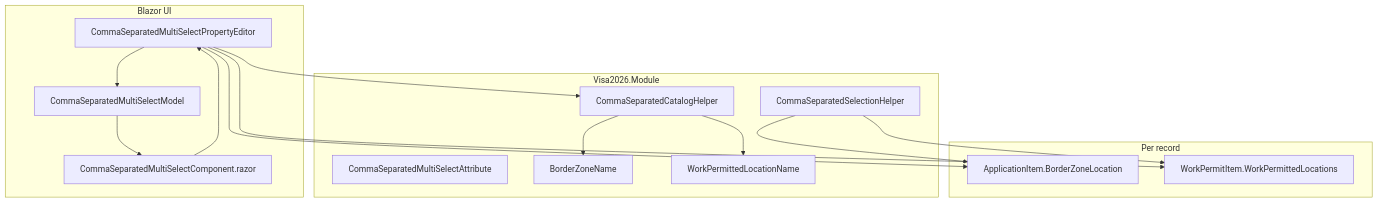
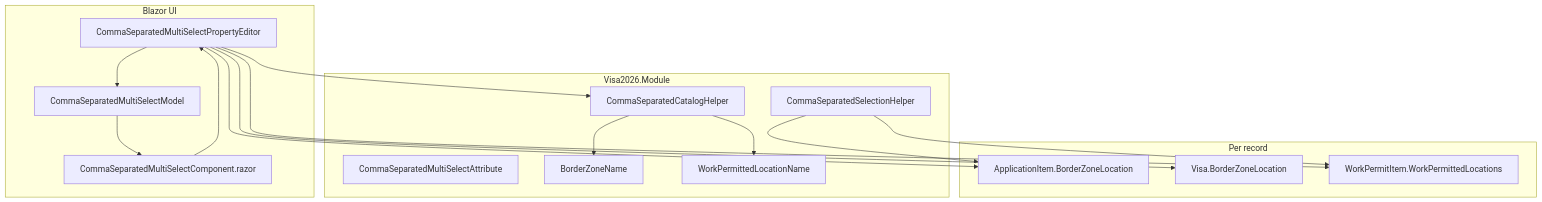
Before and after one commit to webapis/Visa2026: the diagram in docs/COMMA_SEPARATED_MULTI_SELECT.md, drawn with Mermaid. The commit also changed other lines of this file and 20 other files, not shown here.

First line of the commit message:
Migrate Visa border zones to comma-separated field and localize detail UI.

````diff
--- a/docs/COMMA_SEPARATED_MULTI_SELECT.md
+++ b/docs/COMMA_SEPARATED_MULTI_SELECT.md
@@ -21,28 +23,30 @@
 ```mermaid
 flowchart TB
   subgraph ui [Blazor UI]
     PE[CommaSeparatedMultiSelectPropertyEditor]
     CM[CommaSeparatedMultiSelectModel]
     C[CommaSeparatedMultiSelectComponent.razor]
     PE --> CM --> C
   end
   subgraph module [Visa2026.Module]
     ATTR[CommaSeparatedMultiSelectAttribute]
     SEL[CommaSeparatedSelectionHelper]
     CAT[CommaSeparatedCatalogHelper]
     BZN[BorderZoneName]
     WPL[WorkPermittedLocationName]
   end
   subgraph data [Per record]
     AI[ApplicationItem.BorderZoneLocation]
+    V[Visa.BorderZoneLocation]
     WPI[WorkPermitItem.WorkPermittedLocations]
   end
   C --> PE
   PE --> CAT
   CAT --> BZN
   CAT --> WPL
   PE --> AI
+  PE --> V
   PE --> WPI
   SEL --> AI
   SEL --> WPI
 ```
````
